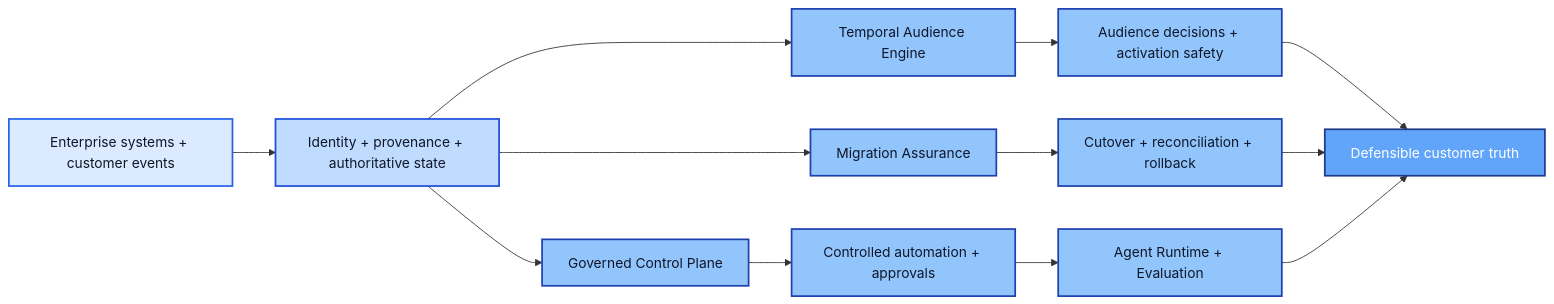
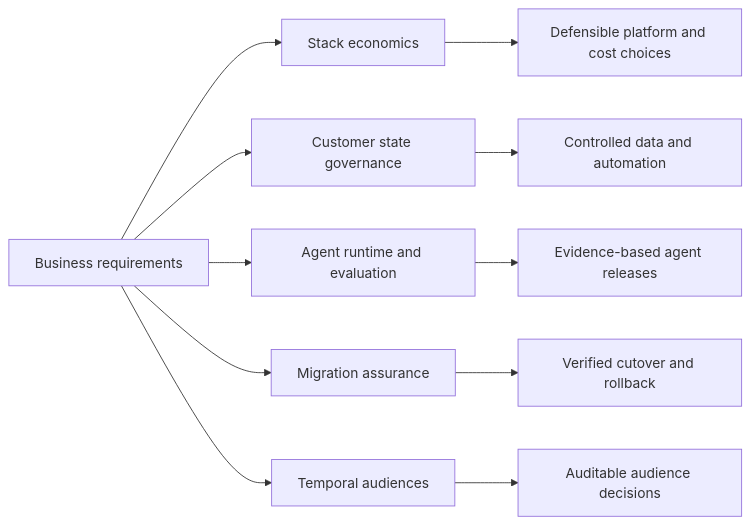
One commit to rlbsem/rlbsem changed the diagram in README.md. Above: the diagram before and after it, drawn with Mermaid. The commit also changed other lines of this file, not shown here.

Commit message:
Update profile with five MarTech architecture portfolio projects

````diff
--- a/README.md
+++ b/README.md
@@ -29,28 +25,13 @@
 ```mermaid
 flowchart LR
-    A[Enterprise systems + customer events]
-    A --> B[Identity + provenance + authoritative state]
-
-    B --> C[Governed Control Plane]
-    B --> D[Temporal Audience Engine]
-    B --> E[Migration Assurance]
-
-    C --> F[Controlled automation + approvals]
-    D --> G[Audience decisions + activation safety]
-    E --> H[Cutover + reconciliation + rollback]
-
-    F --> I[Agent Runtime + Evaluation]
-    G --> J[Defensible customer truth]
-    H --> J
-    I --> J
-
-    classDef source fill:#dbeafe,stroke:#2563eb,color:#0f172a,stroke-width:2px;
-    classDef foundation fill:#bfdbfe,stroke:#1d4ed8,color:#0f172a,stroke-width:2px;
-    classDef capability fill:#93c5fd,stroke:#1e40af,color:#0f172a,stroke-width:2px;
-    classDef output fill:#60a5fa,stroke:#1e3a8a,color:#ffffff,stroke-width:2px;
-
-    class A source;
-    class B foundation;
-    class C,D,E,F,G,H,I capability;
-    class J output;
+    A[Business requirements] --> B[Stack economics]
+    A --> C[Customer state governance]
+    A --> D[Agent runtime and evaluation]
+    A --> E[Migration assurance]
+    A --> F[Temporal audiences]
+    B --> G[Defensible platform and cost choices]
+    C --> H[Controlled data and automation]
+    D --> I[Evidence-based agent releases]
+    E --> J[Verified cutover and rollback]
+    F --> K[Auditable audience decisions]
 ```
````
